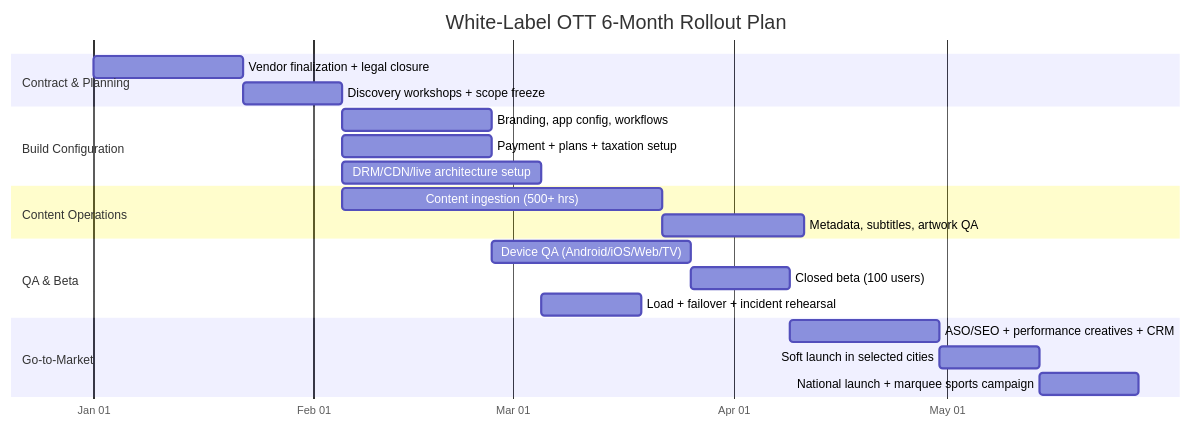
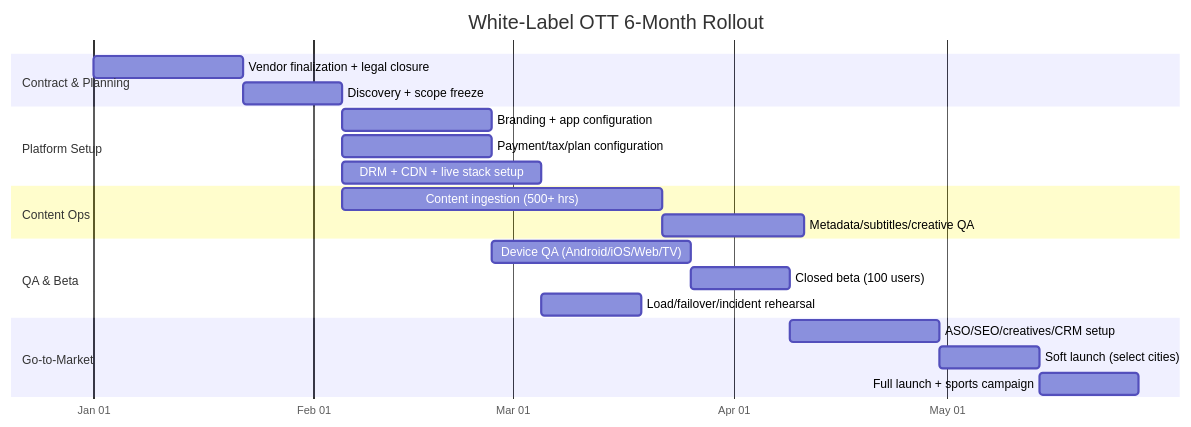
One commit to shamvfx2026/cookie-editor changed the diagram in docs/hotstar-white-label-plan-2026.md. Above: the diagram before and after it, drawn with Mermaid. The commit also changed other lines of this file, not shown here.

Commit message:
Polish OTT blueprint and add founder-facing preview

````diff
--- a/docs/hotstar-white-label-plan-2026.md
+++ b/docs/hotstar-white-label-plan-2026.md
@@ -239,29 +241,29 @@
 ```mermaid
 gantt
-    title White-Label OTT 6-Month Rollout Plan
+    title White-Label OTT 6-Month Rollout
     dateFormat  YYYY-MM-DD
     axisFormat  %b %d
 
     section Contract & Planning
     Vendor finalization + legal closure         :a1, 2026-01-01, 21d
-    Discovery workshops + scope freeze          :a2, after a1, 14d
+    Discovery + scope freeze                    :a2, after a1, 14d
 
-    section Build Configuration
-    Branding, app config, workflows             :b1, after a2, 21d
-    Payment + plans + taxation setup            :b2, after a2, 21d
-    DRM/CDN/live architecture setup             :b3, after a2, 28d
+    section Platform Setup
+    Branding + app configuration                :b1, after a2, 21d
+    Payment/tax/plan configuration              :b2, after a2, 21d
+    DRM + CDN + live stack setup                :b3, after a2, 28d
 
-    section Content Operations
+    section Content Ops
     Content ingestion (500+ hrs)                :c1, after a2, 45d
-    Metadata, subtitles, artwork QA             :c2, after c1, 20d
+    Metadata/subtitles/creative QA              :c2, after c1, 20d
 
     section QA & Beta
     Device QA (Android/iOS/Web/TV)              :d1, after b1, 28d
     Closed beta (100 users)                     :d2, after d1, 14d
-    Load + failover + incident rehearsal        :d3, after b3, 14d
+    Load/failover/incident rehearsal            :d3, after b3, 14d
 
     section Go-to-Market
-    ASO/SEO + performance creatives + CRM       :e1, after d2, 21d
-    Soft launch in selected cities              :e2, after e1, 14d
-    National launch + marquee sports campaign   :e3, after e2, 14d
+    ASO/SEO/creatives/CRM setup                 :e1, after d2, 21d
+    Soft launch (select cities)                 :e2, after e1, 14d
+    Full launch + sports campaign               :e3, after e2, 14d
 ```
````
